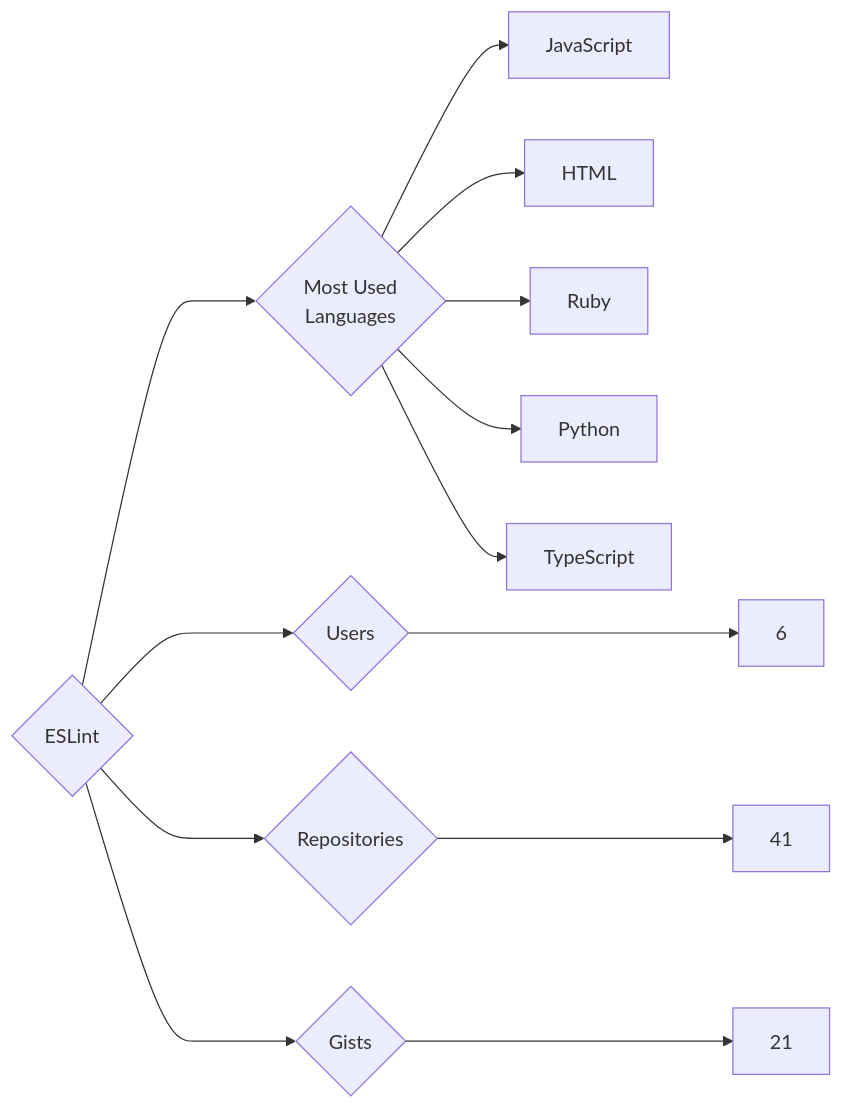
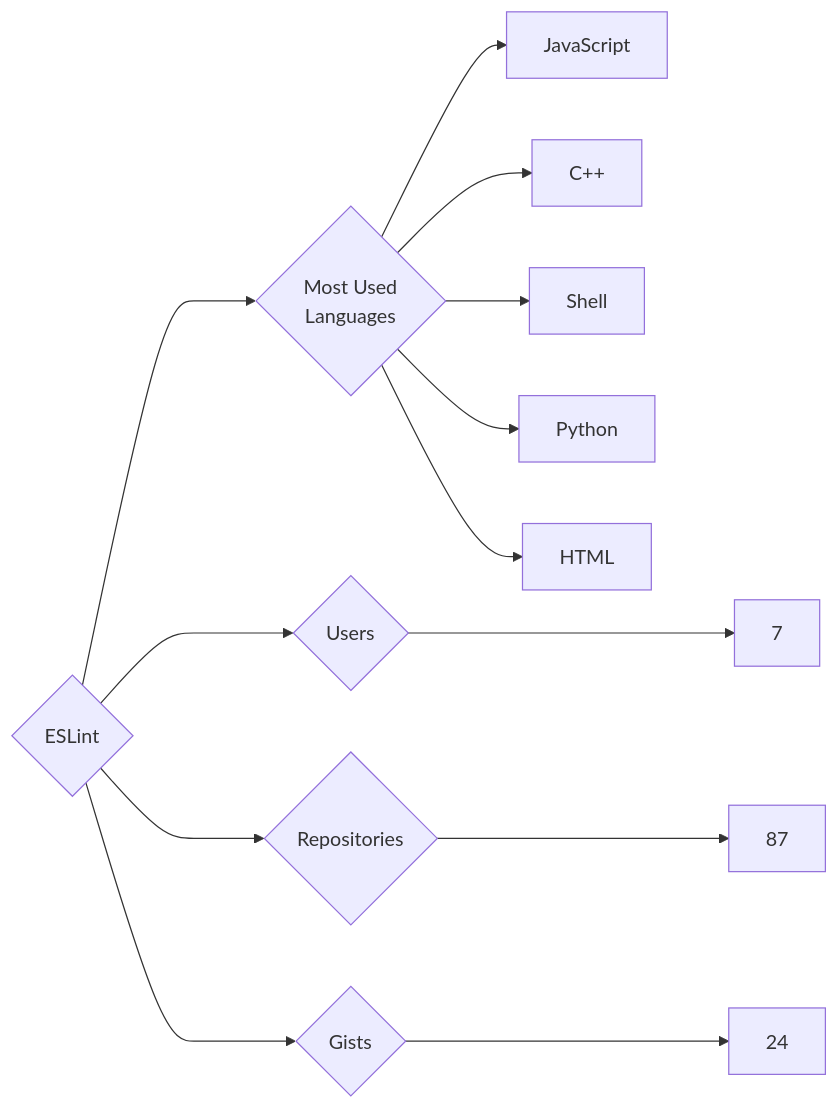
Before and after one commit to trickest/insiders: the diagram in targets/ESLint/README.md, drawn with Mermaid. The commit also changed 1036 other files, not shown here.

````diff
--- a/targets/ESLint/README.md
+++ b/targets/ESLint/README.md
@@ -3,13 +3,13 @@
 ```mermaid
 graph LR
 COMPANY_NAME{ESLint}
-COMPANY_NAME ---> U{Users} ---> UN[6]
-COMPANY_NAME ---> R{Repositories} ---> RN[41]
-COMPANY_NAME ---> G{Gists} ---> GN[21]
+COMPANY_NAME ---> U{Users} ---> UN[7]
+COMPANY_NAME ---> R{Repositories} ---> RN[87]
+COMPANY_NAME ---> G{Gists} ---> GN[24]
 COMPANY_NAME ---> ML{Most Used<br>Languages}
 ML --> JavaScript[JavaScript]
+ML --> C++[C++]
+ML --> Shell[Shell]
+ML --> Python[Python]
 ML --> HTML[HTML]
-ML --> Ruby[Ruby]
-ML --> Python[Python]
-ML --> TypeScript[TypeScript]
 ```
````
